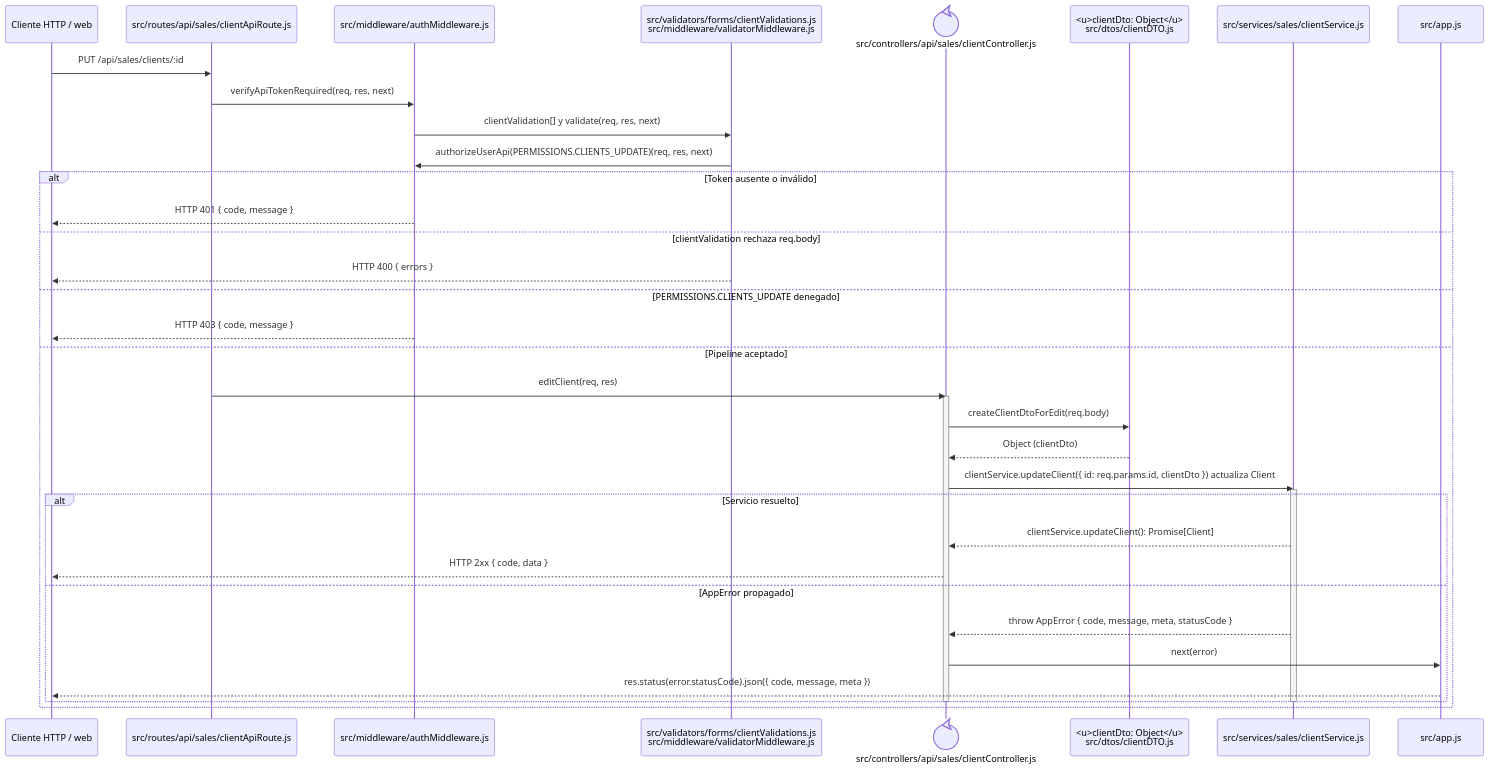
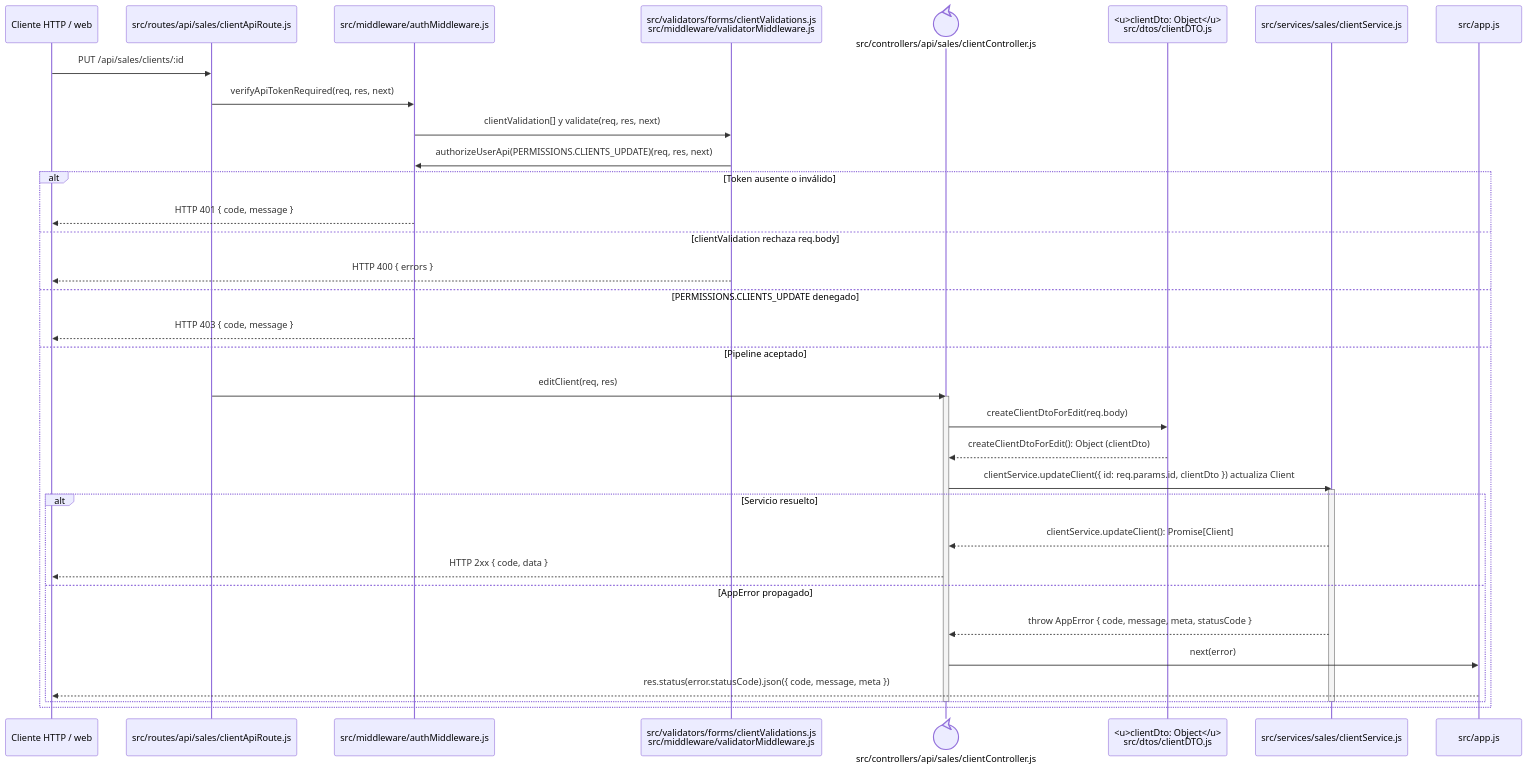
The diagram in docs/architecture/backend-code-sequences/catalogs/cu-cat-07.md (gpgsistemas01/nexus), drawn with Mermaid before and after one commit. The commit also changed 50 other files, not shown here.

Commit message:
docs: separar llamadas en diagramas de secuencia

````diff
--- a/docs/architecture/backend-code-sequences/catalogs/cu-cat-07.md
+++ b/docs/architecture/backend-code-sequences/catalogs/cu-cat-07.md
@@ -6,40 +6,40 @@
 ```mermaid
 sequenceDiagram
     participant Client as Cliente HTTP / web
     participant Route as src/routes/api/sales/clientApiRoute.js
     participant Auth as src/middleware/authMiddleware.js
     participant Validator as src/validators/forms/clientValidations.js<br/>src/middleware/validatorMiddleware.js
     participant Controller@{ "type": "control" } as src/controllers/api/sales/clientController.js
     participant ClientDto as <u>clientDto: Object</u><br/>src/dtos/clientDTO.js
     participant Domain as src/services/sales/clientService.js
     participant ErrorHandler as src/app.js
 
     Client->>Route: PUT /api/sales/clients/:id
     Route->>Auth: verifyApiTokenRequired(req, res, next)
     Auth->>Validator: clientValidation[] y validate(req, res, next)
     Validator->>Auth: authorizeUserApi(PERMISSIONS.CLIENTS_UPDATE)(req, res, next)
     alt Token ausente o inválido
         Auth-->>Client: HTTP 401 { code, message }
     else clientValidation rechaza req.body
         Validator-->>Client: HTTP 400 { errors }
     else PERMISSIONS.CLIENTS_UPDATE denegado
         Auth-->>Client: HTTP 403 { code, message }
     else Pipeline aceptado
         Route->>Controller: editClient(req, res)
         activate Controller
         Controller->>ClientDto: createClientDtoForEdit(req.body)
-        ClientDto-->>Controller: Object (clientDto)
+        ClientDto-->>Controller: createClientDtoForEdit(): Object (clientDto)
         Controller->>Domain: clientService.updateClient({ id: req.params.id, clientDto }) actualiza Client
         activate Domain
         alt Servicio resuelto
             Domain-->>Controller: clientService.updateClient(): Promise[Client]
             Controller-->>Client: HTTP 2xx { code, data }
         else AppError propagado
             Domain-->>Controller: throw AppError { code, message, meta, statusCode }
             Controller->>ErrorHandler: next(error)
             ErrorHandler-->>Client: res.status(error.statusCode).json({ code, message, meta })
         end
         deactivate Domain
         deactivate Controller
     end
 ```
````
